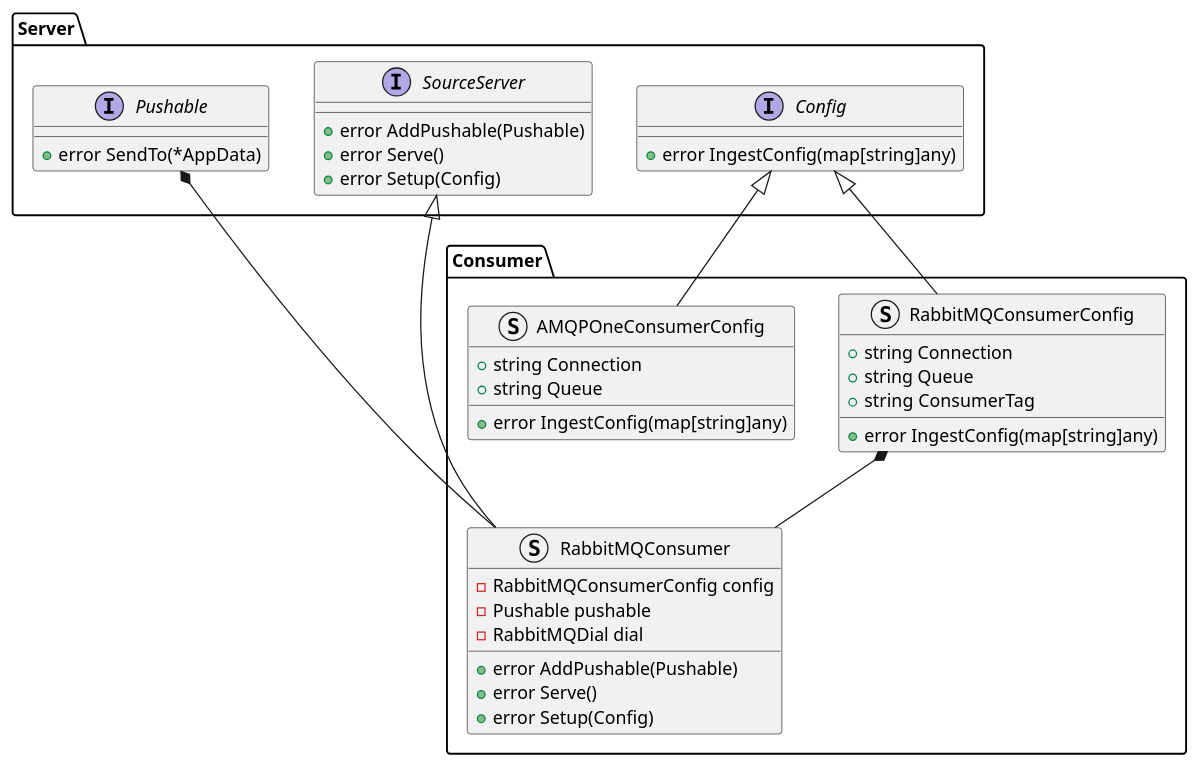
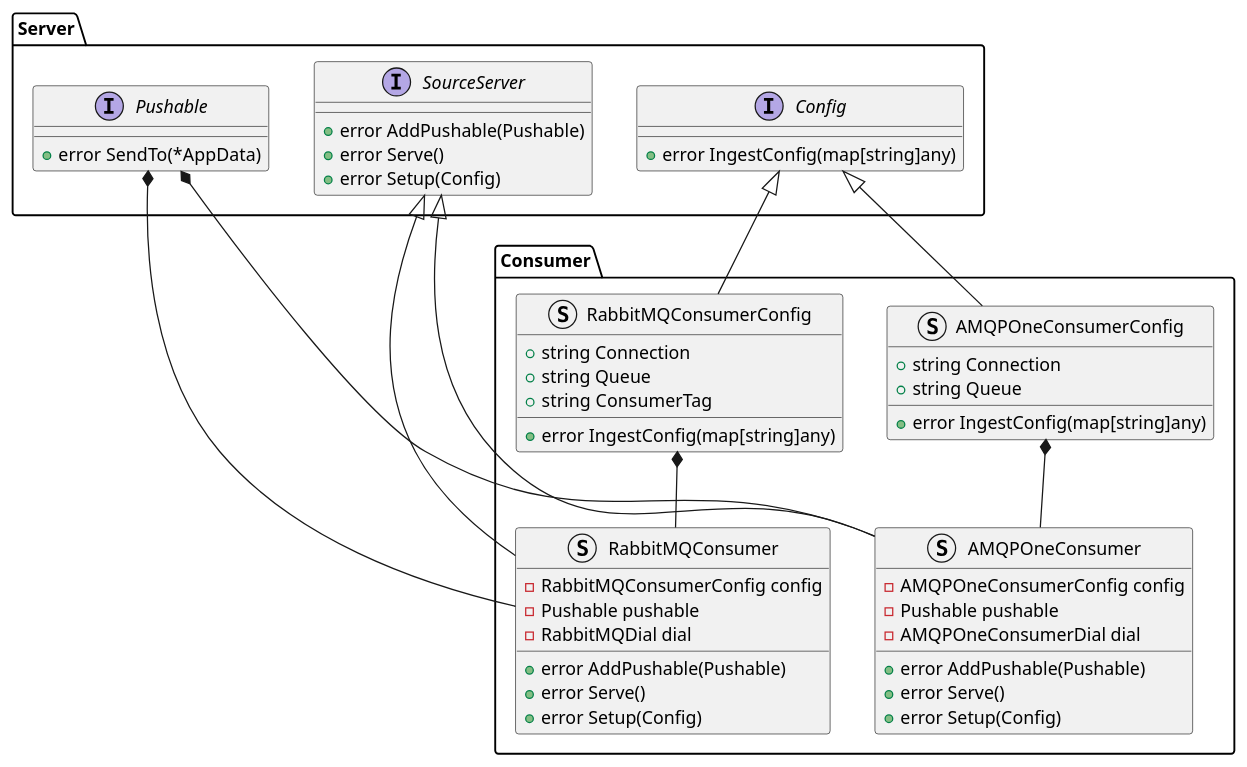
The diagram in docs/design_notes/DN1_JSON_Extractor/class_diagram_Consumers.puml (xtuml/otel2pv), drawn with PlantUML before and after one commit. The commit also changed 7 other files, not shown here.

```diff
--- a/docs/design_notes/DN1_JSON_Extractor/class_diagram_Consumers.puml
+++ b/docs/design_notes/DN1_JSON_Extractor/class_diagram_Consumers.puml
@@ -1,45 +1,57 @@
 @startuml
 namespace Server {
     interface Pushable {
         +error SendTo(*AppData)
     }
     interface SourceServer {
         +error AddPushable(Pushable)
         +error Serve()
         +error Setup(Config)
     }
     interface Config {
         +error IngestConfig(map[string]any)
     }
 }
 namespace Consumer {
     struct RabbitMQConsumer {
         -RabbitMQConsumerConfig config
         -Pushable pushable
         -RabbitMQDial dial
         +error AddPushable(Pushable) 
         +error Serve()
         +error Setup(Config)
     }
+    struct AMQPOneConsumer {
+        -AMQPOneConsumerConfig config
+        -Pushable pushable
+        -AMQPOneConsumerDial dial
+        +error AddPushable(Pushable) 
+        +error Serve()
+        +error Setup(Config)
+    }
     struct RabbitMQConsumerConfig {
         +string Connection
         +string Queue
         +string ConsumerTag
         +error IngestConfig(map[string]any)
     }
     struct AMQPOneConsumerConfig {
         +string Connection
         +string Queue
         +error IngestConfig(map[string]any)
     }
 
 }
 
 Server.SourceServer <|-- Consumer.RabbitMQConsumer
+Server.SourceServer <|-- Consumer.AMQPOneConsumer
 Server.Pushable *-- Consumer.RabbitMQConsumer
+Server.Pushable *-- Consumer.AMQPOneConsumer
+
 
 
 Server.Config <|-- Consumer.RabbitMQConsumerConfig
 Server.Config <|-- Consumer.AMQPOneConsumerConfig
 Consumer.RabbitMQConsumerConfig *-- Consumer.RabbitMQConsumer
+Consumer.AMQPOneConsumerConfig *-- Consumer.AMQPOneConsumer
 @enduml
```
